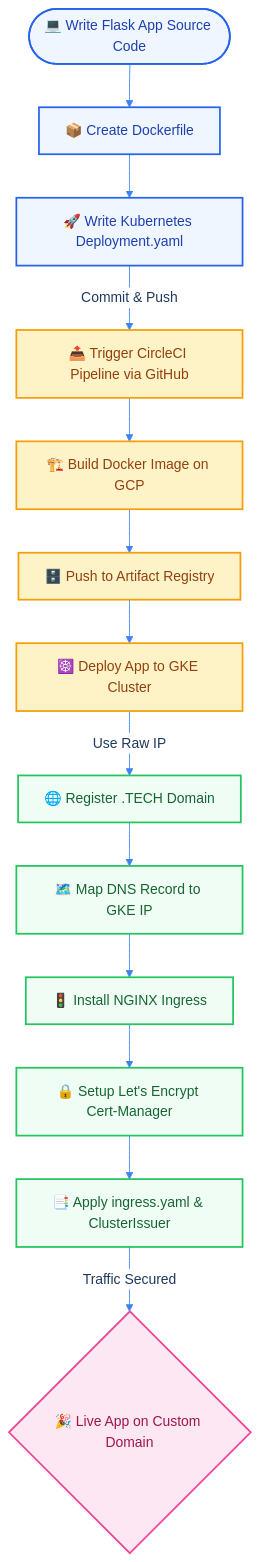
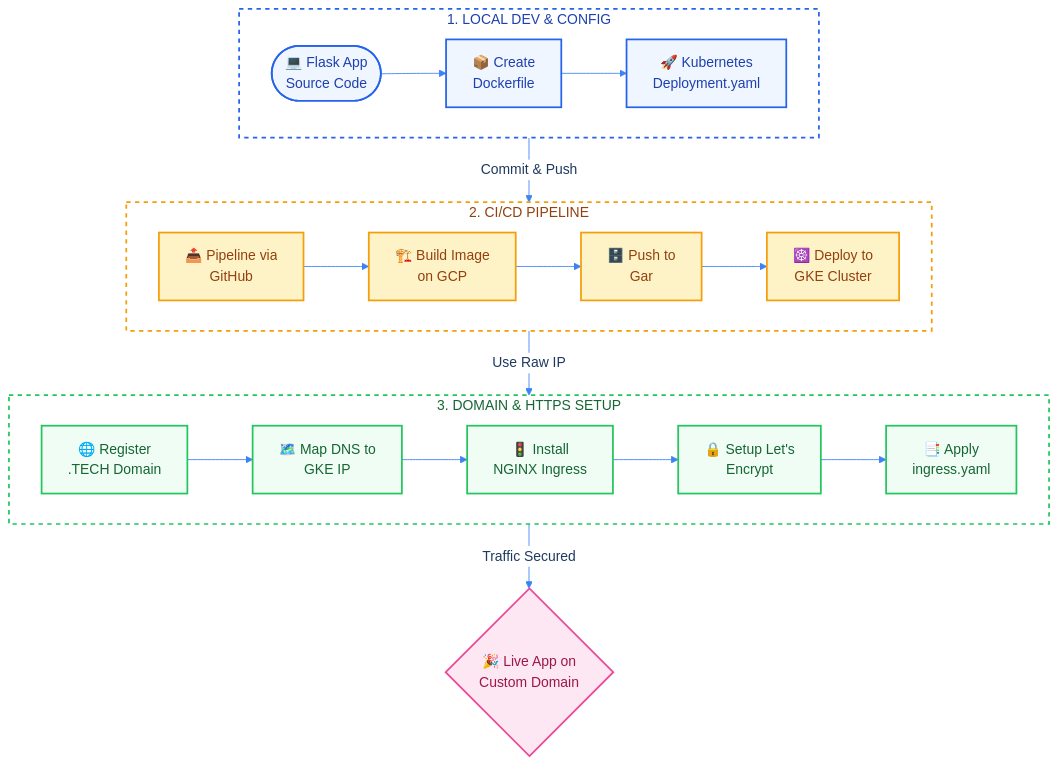
The diagram in README.md (farhanrhine/Celebrity-Face-Detect-AI-Agent), drawn with Mermaid before and after one commit.

````diff
--- a/README.md
+++ b/README.md
@@ -16,24 +16,41 @@
 ```mermaid
 %%{init: {'theme': 'base', 'themeVariables': {'primaryColor': '#dbeafe', 'primaryTextColor': '#1e3a5f', 'primaryBorderColor': '#2563eb', 'lineColor': '#3b82f6', 'secondaryColor': '#f0fdf4', 'tertiaryColor': '#fef3c7', 'edgeLabelBackground': '#ffffff'}}}%%
 flowchart TD
-    A(["💻 Write Flask App Source Code"]):::phase1 --> B["📦 Create Dockerfile"]:::phase1
-    B --> C["🚀 Write Kubernetes Deployment.yaml"]:::phase1
-    
-    C -->|"Commit & Push"| D["📤 Trigger CircleCI Pipeline via GitHub"]:::phase2
-    D --> E["🏗️ Build Docker Image on GCP"]:::phase2
-    E --> F["🗄️ Push to Artifact Registry"]:::phase2
-    F --> G["☸️ Deploy App to GKE Cluster"]:::phase2
-    
-    G -->|"Use Raw IP"| H["🌐 Register .TECH Domain"]:::phase3
-    H --> I["🗺️ Map DNS Record to GKE IP"]:::phase3
-    I --> J["🚦 Install NGINX Ingress"]:::phase3
-    J --> K["🔒 Setup Let's Encrypt Cert-Manager"]:::phase3
-    K --> L["📑 Apply ingress.yaml & ClusterIssuer"]:::phase3
-    
-    L -->|"Traffic Secured"| M{"🎉 Live App on Custom Domain"}:::live
-
     classDef phase1 fill:#eff6ff,stroke:#2563eb,stroke-width:2px,color:#1e40af
     classDef phase2 fill:#fef3c7,stroke:#f59e0b,stroke-width:2px,color:#92400e
     classDef phase3 fill:#f0fdf4,stroke:#22c55e,stroke-width:2px,color:#166534
     classDef live fill:#fce7f3,stroke:#ec4899,stroke-width:2px,color:#9d174d
+
+    subgraph Phase1 [1. LOCAL DEV & CONFIG]
+        direction LR
+        A(["💻 Flask App<br>Source Code"]):::phase1 --> B["📦 Create<br>Dockerfile"]:::phase1
+        B --> C["🚀 Kubernetes<br>Deployment.yaml"]:::phase1
+    end
+
+    subgraph Phase2 [2. CI/CD PIPELINE]
+        direction LR
+        D["📤 Pipeline via<br>GitHub"]:::phase2 --> E["🏗️ Build Image<br>on GCP"]:::phase2
+        E --> F["🗄️ Push to<br>Gar"]:::phase2
+        F --> G["☸️ Deploy to<br>GKE Cluster"]:::phase2
+    end
+
+    subgraph Phase3 [3. DOMAIN & HTTPS SETUP]
+        direction LR
+        H["🌐 Register<br>.TECH Domain"]:::phase3 --> I["🗺️ Map DNS to<br>GKE IP"]:::phase3
+        I --> J["🚦 Install<br>NGINX Ingress"]:::phase3
+        J --> K["🔒 Setup Let's<br>Encrypt"]:::phase3
+        K --> L["📑 Apply<br>ingress.yaml"]:::phase3
+    end
+
+    M{"🎉 Live App on<br>Custom Domain"}:::live
+
+    %% Connections across subgraphs
+    C -->|"Commit & Push"| D
+    G -->|"Use Raw IP"| H
+    L -->|"Traffic Secured"| M
+
+    %% Subgraph Styling
+    style Phase1 fill:#ffffff,stroke:#2563eb,stroke-dasharray: 5 5,stroke-width:2px,color:#1e40af
+    style Phase2 fill:#ffffff,stroke:#f59e0b,stroke-dasharray: 5 5,stroke-width:2px,color:#92400e
+    style Phase3 fill:#ffffff,stroke:#22c55e,stroke-dasharray: 5 5,stroke-width:2px,color:#166534
 ```
````
